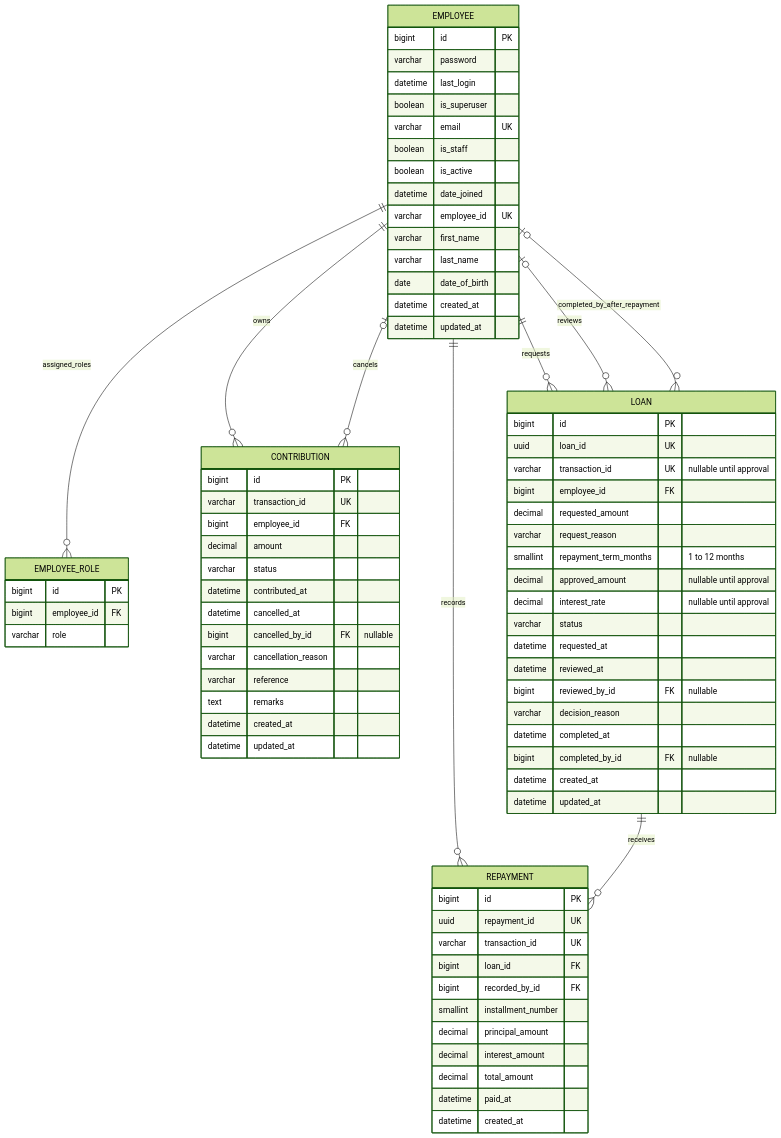
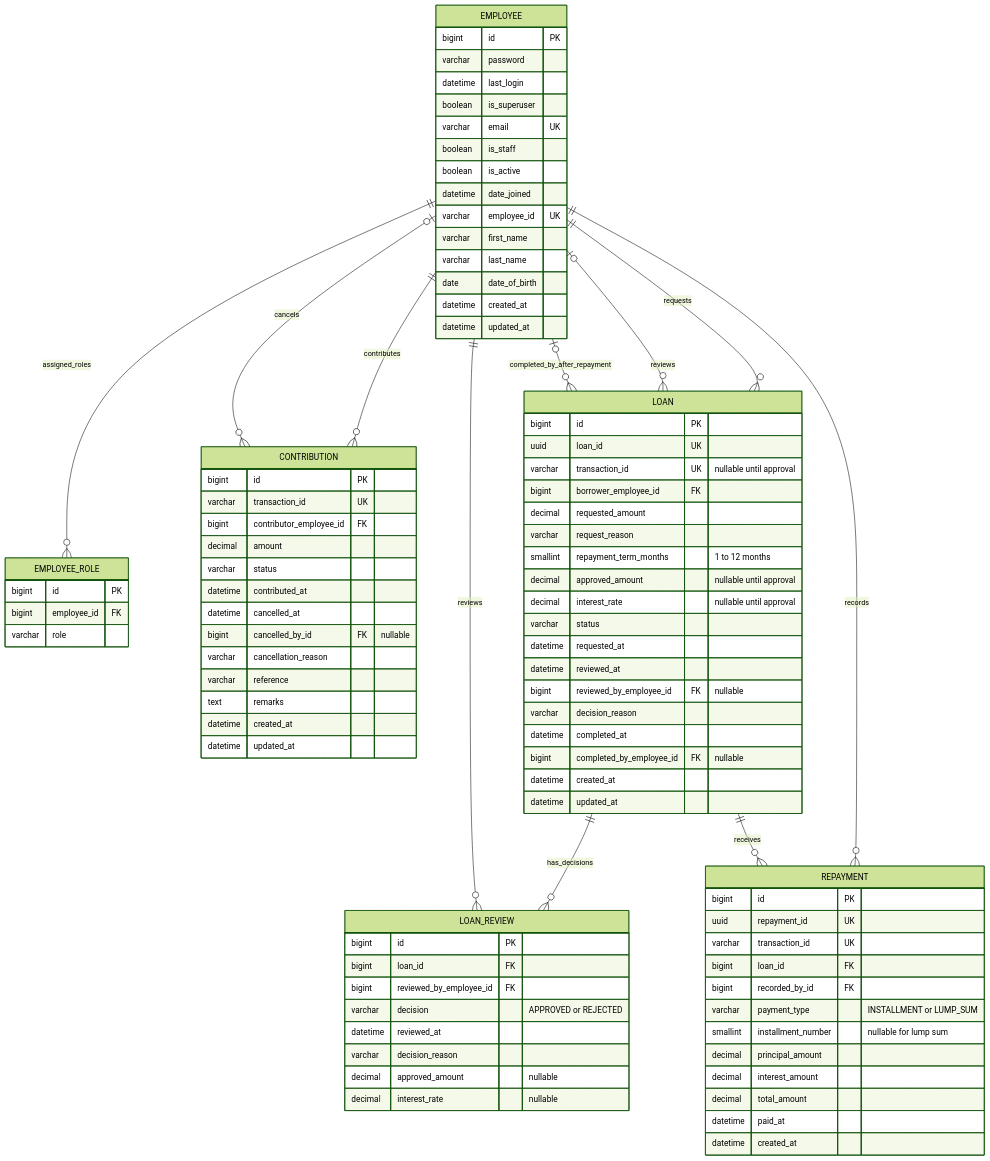
The first of 3 diagrams in docs/ERD.md (Gowthamraj-Bommannan/lending_system), drawn with Mermaid (forest theme) before and after one commit. The commit also changed other lines of this file and 33 other files, not shown here.

````diff
--- a/docs/ERD.md
+++ b/docs/ERD.md
@@ -9,11 +9,13 @@
 ```mermaid
 erDiagram
     EMPLOYEE ||--o{ EMPLOYEE_ROLE : assigned_roles
-    EMPLOYEE ||--o{ CONTRIBUTION : owns
+    EMPLOYEE ||--o{ CONTRIBUTION : contributes
     EMPLOYEE o|--o{ CONTRIBUTION : cancels
     EMPLOYEE ||--o{ LOAN : requests
     EMPLOYEE o|--o{ LOAN : reviews
     EMPLOYEE o|--o{ LOAN : completed_by_after_repayment
+    LOAN ||--o{ LOAN_REVIEW : has_decisions
+    EMPLOYEE ||--o{ LOAN_REVIEW : reviews
     EMPLOYEE ||--o{ REPAYMENT : records
     LOAN ||--o{ REPAYMENT : receives
 
@@ -43,7 +45,7 @@
     CONTRIBUTION {
         bigint id PK
         varchar transaction_id UK
-        bigint employee_id FK
+        bigint contributor_employee_id FK
         decimal amount
         varchar status
         datetime contributed_at
@@ -60,7 +62,7 @@
         bigint id PK
         uuid loan_id UK
         varchar transaction_id UK "nullable until approval"
-        bigint employee_id FK
+        bigint borrower_employee_id FK
         decimal requested_amount
         varchar request_reason
         smallint repayment_term_months "1 to 12 months"
@@ -69,12 +71,23 @@
         varchar status
         datetime requested_at
         datetime reviewed_at
-        bigint reviewed_by_id FK "nullable"
+        bigint reviewed_by_employee_id FK "nullable"
         varchar decision_reason
         datetime completed_at
-        bigint completed_by_id FK "nullable"
+        bigint completed_by_employee_id FK "nullable"
         datetime created_at
         datetime updated_at
+    }
+
+    LOAN_REVIEW {
+        bigint id PK
+        bigint loan_id FK
+        bigint reviewed_by_employee_id FK
+        varchar decision "APPROVED or REJECTED"
+        datetime reviewed_at
+        varchar decision_reason
+        decimal approved_amount "nullable"
+        decimal interest_rate "nullable"
     }
 
     REPAYMENT {
@@ -83,7 +96,8 @@
         varchar transaction_id UK
         bigint loan_id FK
         bigint recorded_by_id FK
-        smallint installment_number
+        varchar payment_type "INSTALLMENT or LUMP_SUM"
+        smallint installment_number "nullable for lump sum"
         decimal principal_amount
         decimal interest_amount
         decimal total_amount
````
